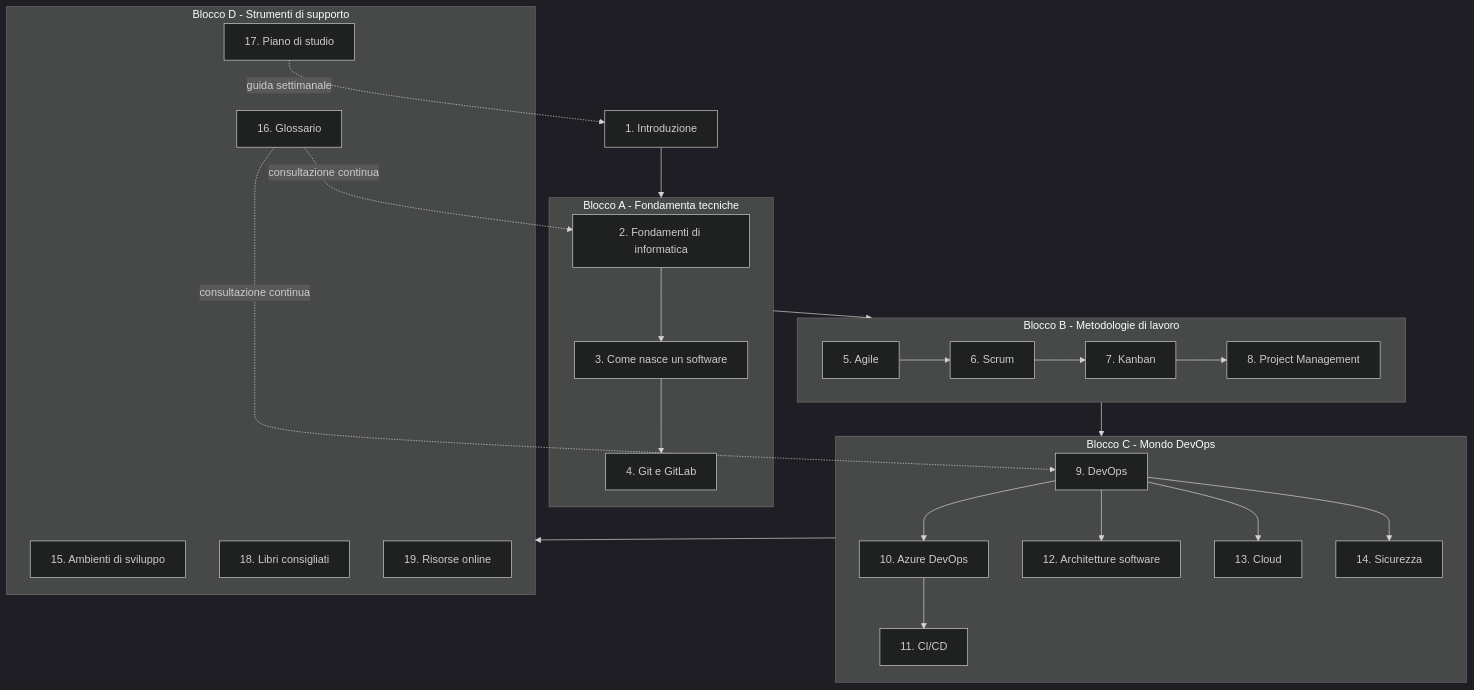
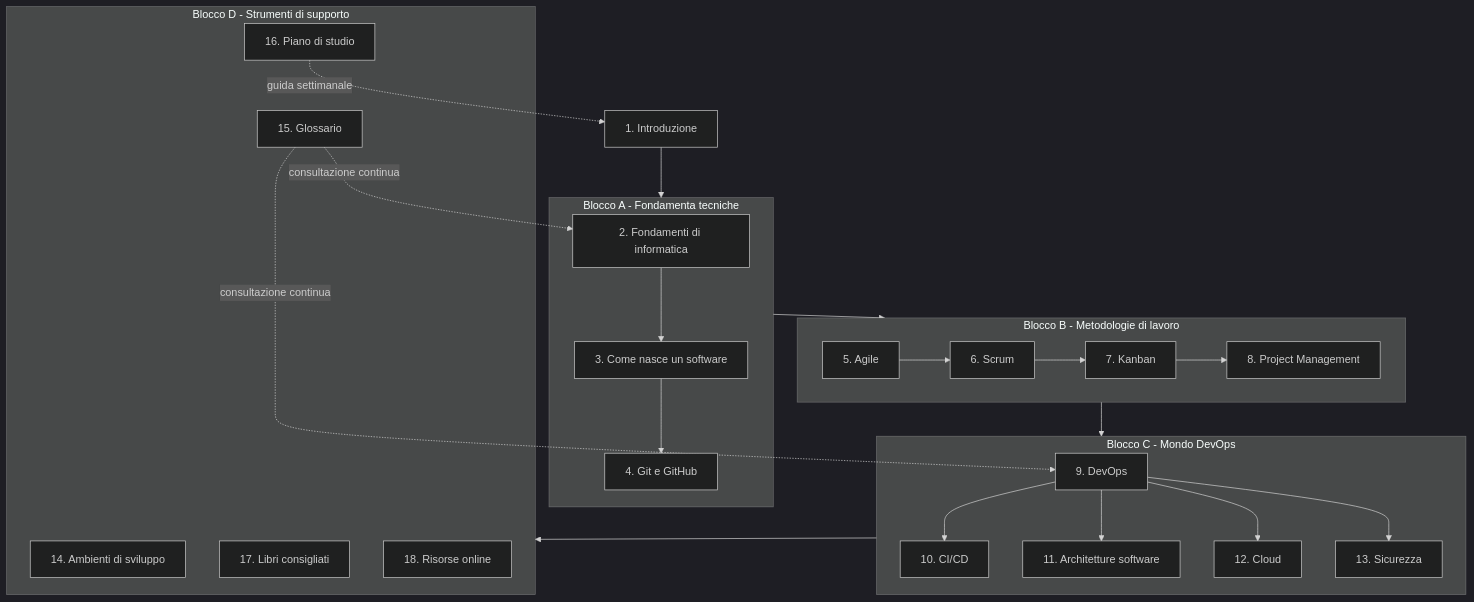
The second of 2 diagrams in docs/01-introduzione/README.md (darioschioppi/corso-onboarding-devops), drawn with Mermaid (dark theme) before and after one commit. The commit also changed other lines of this file and 52 other files, not shown here.

First line of the commit message:
Torna a GitHub come piattaforma ed elimina la sezione Azure DevOps

````diff
--- a/docs/01-introduzione/README.md
+++ b/docs/01-introduzione/README.md
@@ -107,37 +107,37 @@
 ```mermaid
 flowchart TD
     S1["1. Introduzione"] --> BLOCCO1
 
     subgraph BLOCCO1["Blocco A - Fondamenta tecniche"]
-        S2["2. Fondamenti di informatica"] --> S3["3. Come nasce un software"] --> S4["4. Git e GitLab"]
+        S2["2. Fondamenti di informatica"] --> S3["3. Come nasce un software"] --> S4["4. Git e GitHub"]
     end
 
     BLOCCO1 --> BLOCCO2
 
     subgraph BLOCCO2["Blocco B - Metodologie di lavoro"]
         S5["5. Agile"] --> S6["6. Scrum"] --> S7["7. Kanban"] --> S8["8. Project Management"]
     end
 
     BLOCCO2 --> BLOCCO3
 
     subgraph BLOCCO3["Blocco C - Mondo DevOps"]
-        S9["9. DevOps"] --> S10["10. Azure DevOps"] --> S11["11. CI/CD"]
-        S9 --> S12["12. Architetture software"]
-        S9 --> S13["13. Cloud"]
-        S9 --> S14["14. Sicurezza"]
+        S9["9. DevOps"] --> S10["10. CI/CD"]
+        S9 --> S11["11. Architetture software"]
+        S9 --> S12["12. Cloud"]
+        S9 --> S13["13. Sicurezza"]
     end
 
     BLOCCO3 --> BLOCCO4
 
     subgraph BLOCCO4["Blocco D - Strumenti di supporto"]
-        S15["15. Ambienti di sviluppo"]
-        S16["16. Glossario"]
-        S17["17. Piano di studio"]
-        S18["18. Libri consigliati"]
-        S19["19. Risorse online"]
+        S14["14. Ambienti di sviluppo"]
+        S15["15. Glossario"]
+        S16["16. Piano di studio"]
+        S17["17. Libri consigliati"]
+        S18["18. Risorse online"]
     end
 
-    S16 -.consultazione continua.-> S2
-    S16 -.consultazione continua.-> S9
-    S17 -.guida settimanale.-> S1
+    S15 -.consultazione continua.-> S2
+    S15 -.consultazione continua.-> S9
+    S16 -.guida settimanale.-> S1
 ```
````
